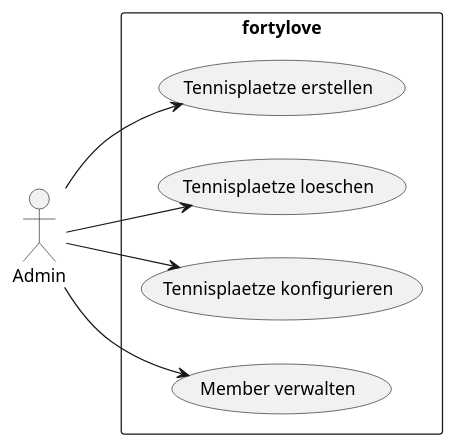
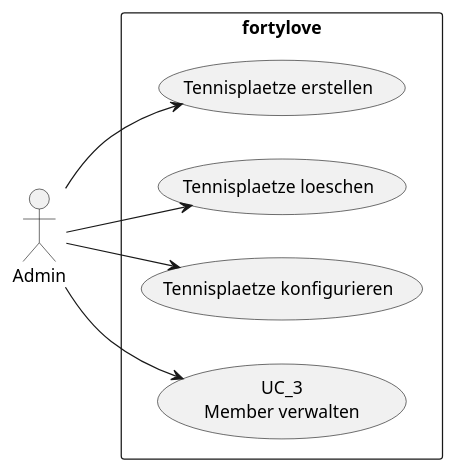
The diagram in documents/design/usecases/UseCasesAdmin.puml (incrediblybadcoder/fortylove), drawn with PlantUML before and after one commit. The commit also changed 4 other files, not shown here.

Commit message:
#71 UC3 Member verwalten notes created - usescase structure updated

```diff
--- a/documents/design/usecases/UseCasesAdmin.puml
+++ b/documents/design/usecases/UseCasesAdmin.puml
@@ -1,11 +1,11 @@
 @startuml
 left to right direction
 actor "Admin" as Actor
 rectangle fortylove {
     Actor --> (Tennisplaetze erstellen)
     Actor --> (Tennisplaetze loeschen)
     Actor --> (Tennisplaetze konfigurieren)
-    Actor --> (Member verwalten)
+    Actor --> (UC_3\nMember verwalten)
 }
 
 @enduml
```
